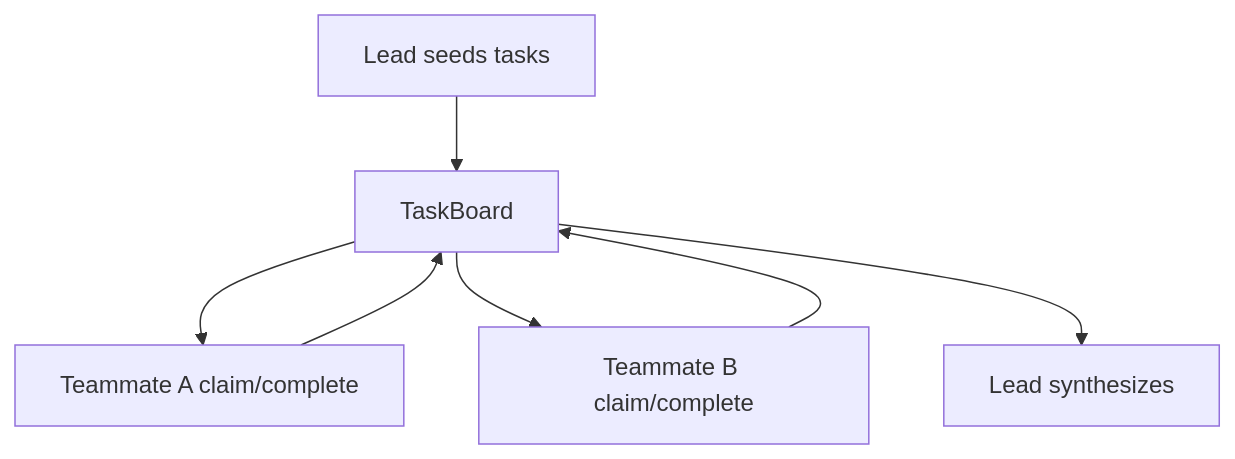
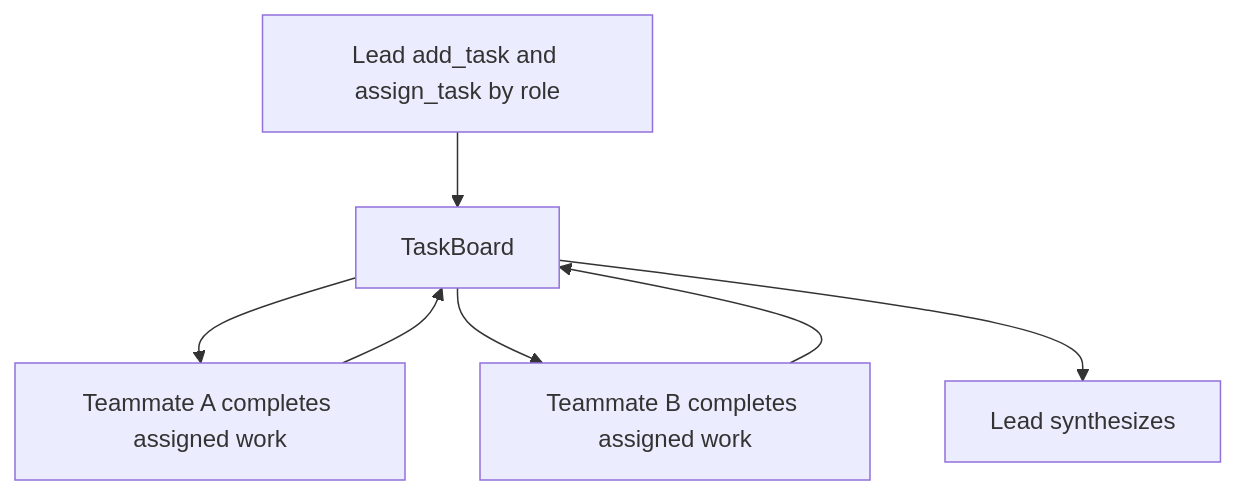
Before and after one commit to Etiqa/pydantic-team: the diagram in docs/collaborative.md, drawn with Mermaid. The commit also changed other lines of this file and 16 other files, not shown here.

````diff
--- a/docs/collaborative.md
+++ b/docs/collaborative.md
@@ -15,9 +17,9 @@
 ```mermaid
 flowchart TD
-  lead[Lead seeds tasks] --> board[TaskBoard]
-  board --> t1[Teammate A claim/complete]
-  board --> t2[Teammate B claim/complete]
+  lead[Lead add_task and assign_task by role] --> board[TaskBoard]
+  board --> t1[Teammate A completes assigned work]
+  board --> t2[Teammate B completes assigned work]
   t1 --> board
   t2 --> board
   board --> synth[Lead synthesizes]
 ```
````
